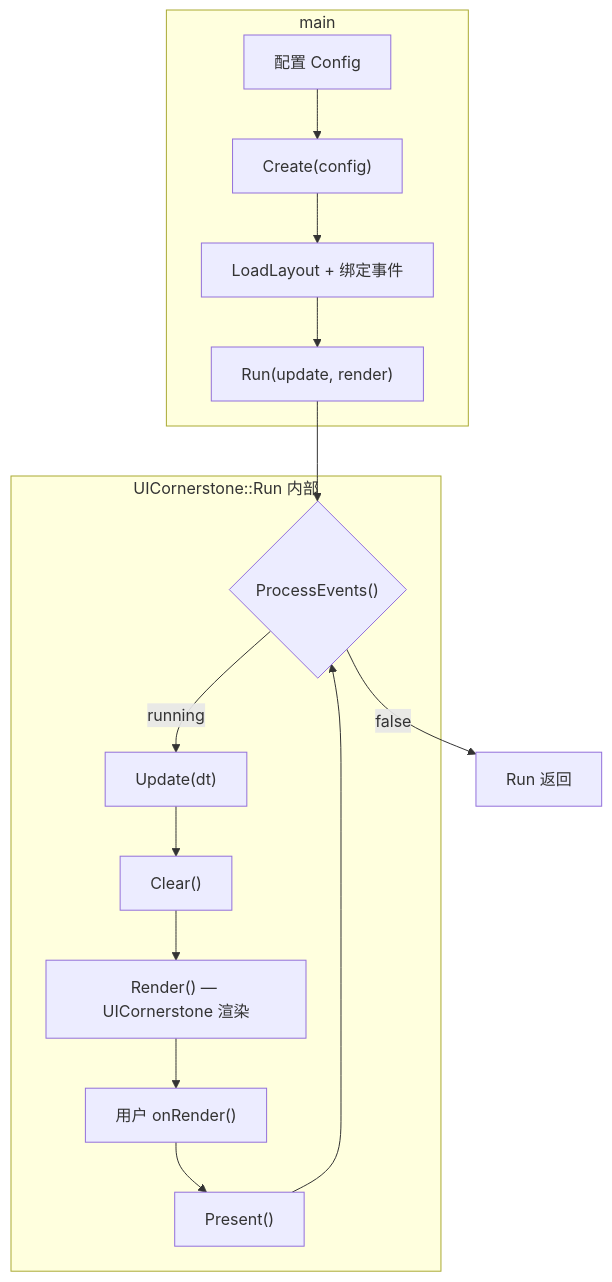
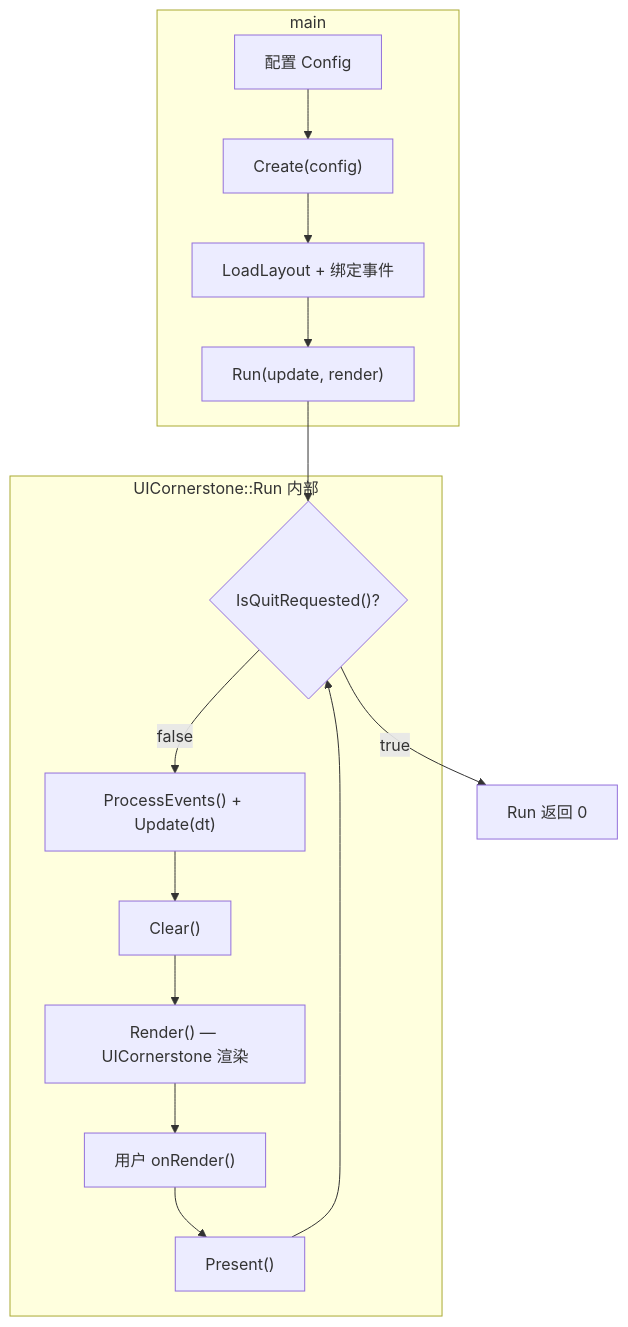
The sixth of 7 diagrams in doc/CppBinding_Design.md (SeaOceanLiu/UIControls), drawn with Mermaid before and after one commit. The commit also changed other lines of this file and 85 other files, not shown here.

````diff
--- a/doc/CppBinding_Design.md
+++ b/doc/CppBinding_Design.md
@@ -1107,26 +1279,26 @@
 ```mermaid
 flowchart TB
     subgraph main
         C1["配置 Config"]
         C2["Create(config)"]
         C3["LoadLayout + 绑定事件"]
         C4["Run(update, render)"]
     end
 
     subgraph UICornerstone::Run 内部
-        L1{"ProcessEvents()"}
-        L2["Update(dt)"]
+        L1{"IsQuitRequested()?"}
+        L2["ProcessEvents() + Update(dt)"]
         L3["Clear()"]
         L4["Render() — UICornerstone 渲染"]
         L5["用户 onRender()"]
         L6["Present()"]
     end
 
     C1 --> C2 --> C3 --> C4
 
     C4 --> L1
-    L1 -->|"running"| L2
+    L1 -->|"false"| L2
     L2 --> L3 --> L4 --> L5 --> L6
     L6 --> L1
-    L1 -->|"false"| E["Run 返回"]
+    L1 -->|"true"| E["Run 返回 0"]
 ```
````
